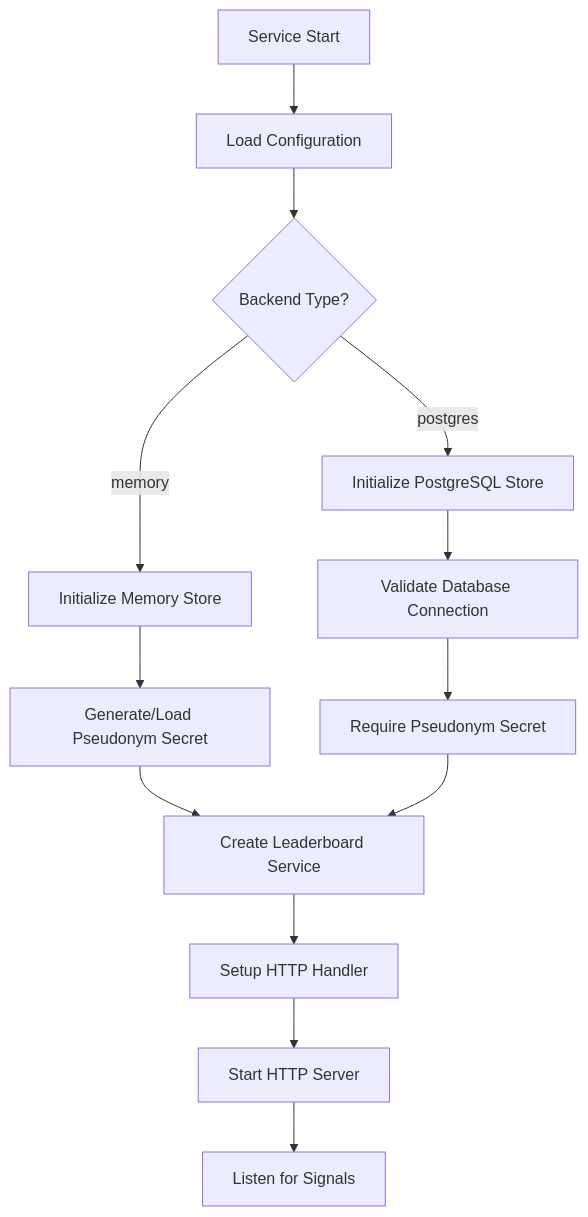
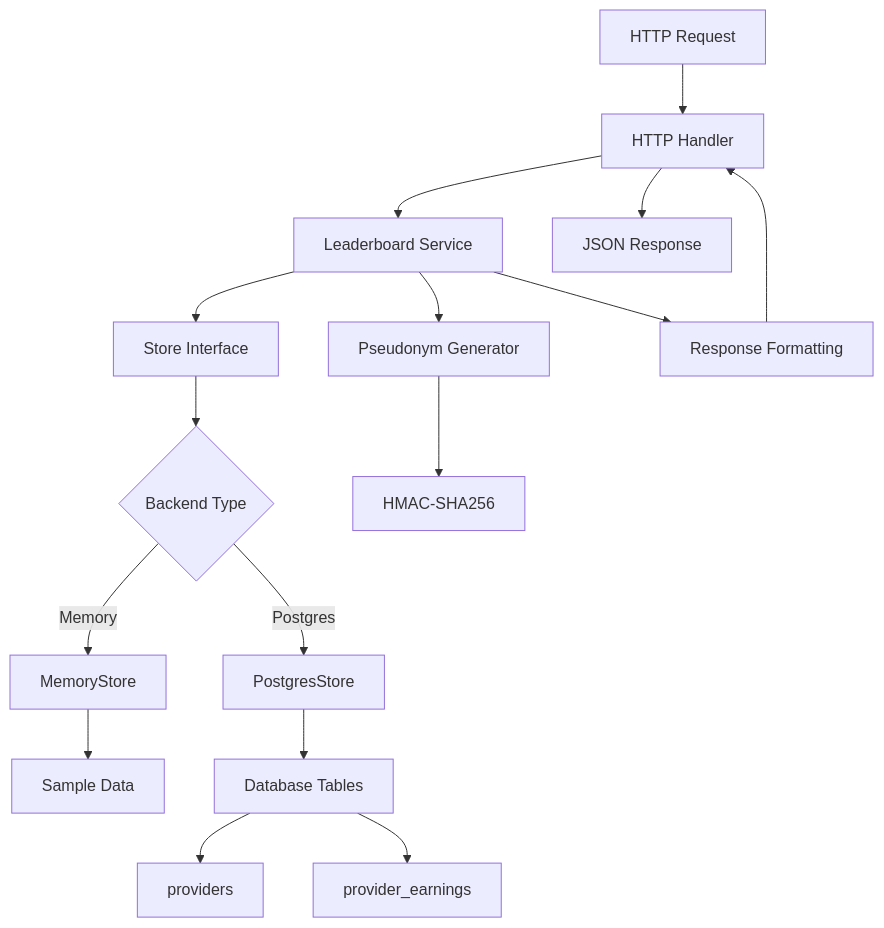
Before and after one commit to researchoors/knowledge-maintenance: the diagram in artifacts/d-inference/service_analyses/analytics.md, drawn with Mermaid. The commit also changed other lines of this file and 22 other files, not shown here.

````diff
--- a/artifacts/d-inference/service_analyses/analytics.md
+++ b/artifacts/d-inference/service_analyses/analytics.md
@@ -138,18 +33,18 @@
 ```mermaid
-flowchart TD
-    A[Service Start] --> B[Load Configuration]
-    B --> C{Backend Type?}
-    
-    C -->|memory| D[Initialize Memory Store]
-    C -->|postgres| E[Initialize PostgreSQL Store]
-    
-    D --> F[Generate/Load Pseudonym Secret]
-    E --> G[Validate Database Connection]
-    G --> H[Require Pseudonym Secret]
-    
-    F --> I[Create Leaderboard Service]
-    H --> I
-    I --> J[Setup HTTP Handler]
-    J --> K[Start HTTP Server]
-    K --> L[Listen for Signals]
+graph TD
+    A[HTTP Request] --> B[HTTP Handler]
+    B --> C[Leaderboard Service]
+    C --> D[Store Interface]
+    D --> E{Backend Type}
+    E -->|Memory| F[MemoryStore]
+    E -->|Postgres| G[PostgresStore]
+    F --> H[Sample Data]
+    G --> I[Database Tables]
+    I --> J[providers]
+    I --> K[provider_earnings]
+    C --> L[Pseudonym Generator]
+    L --> M[HMAC-SHA256]
+    C --> N[Response Formatting]
+    N --> B
+    B --> O[JSON Response]
 ```
````
